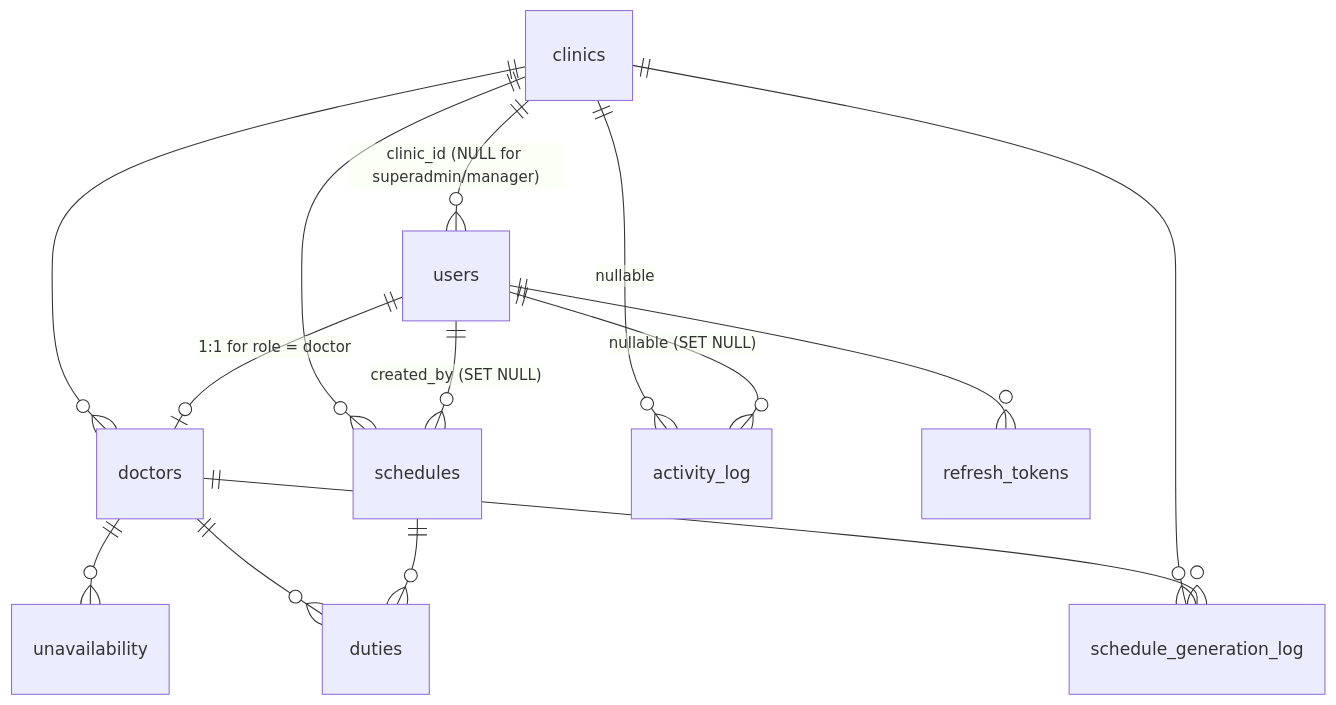
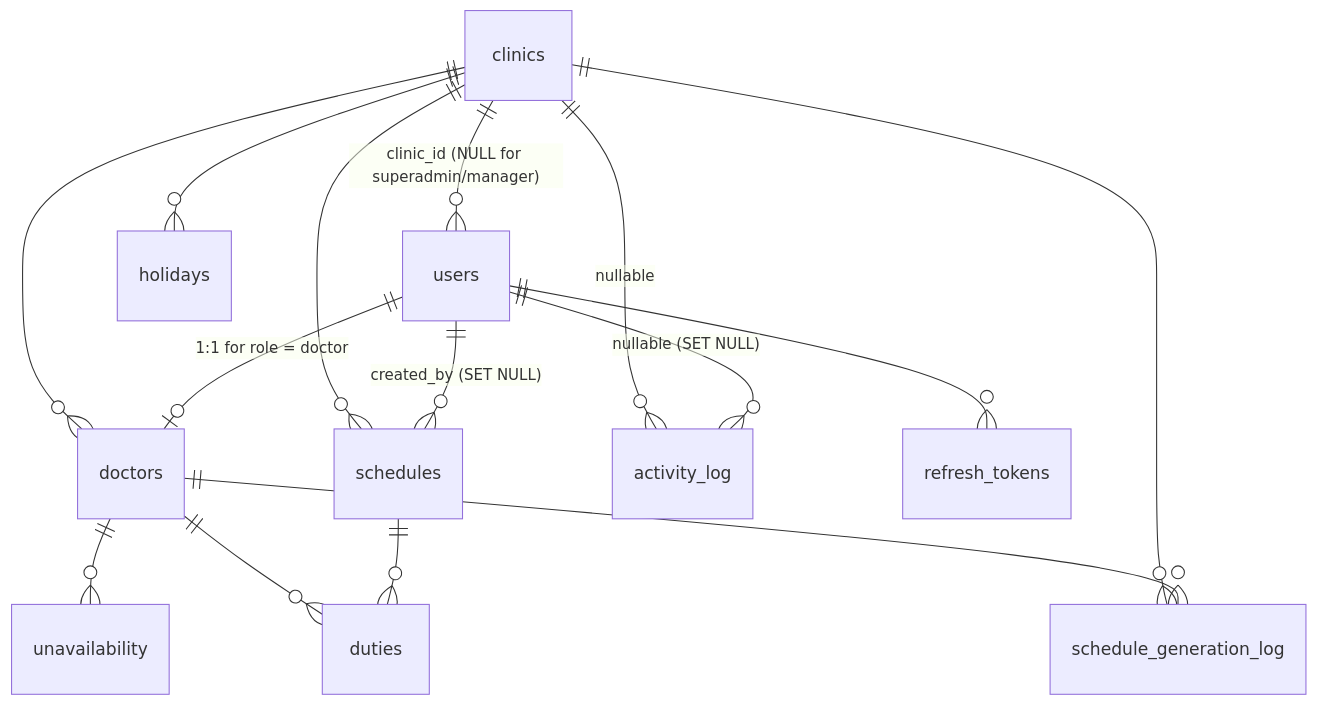
The diagram in docs/database.md (Dervel7/on-call-duty), drawn with Mermaid before and after one commit. The commit also changed other lines of this file and 32 other files, not shown here.

````diff
--- a/docs/database.md
+++ b/docs/database.md
@@ -17,16 +17,17 @@
 ```mermaid
 erDiagram
     clinics ||--o{ users : "clinic_id (NULL for superadmin/manager)"
     clinics ||--o{ doctors : ""
     clinics ||--o{ schedules : ""
     clinics ||--o{ schedule_generation_log : ""
+    clinics ||--o{ holidays : ""
     clinics ||--o{ activity_log : "nullable"
     users ||--o| doctors : "1:1 for role = doctor"
     users ||--o{ refresh_tokens : ""
     users ||--o{ schedules : "created_by (SET NULL)"
     users ||--o{ activity_log : "nullable (SET NULL)"
     doctors ||--o{ unavailability : ""
     doctors ||--o{ duties : ""
     doctors ||--o{ schedule_generation_log : ""
     schedules ||--o{ duties : ""
 ```
````
